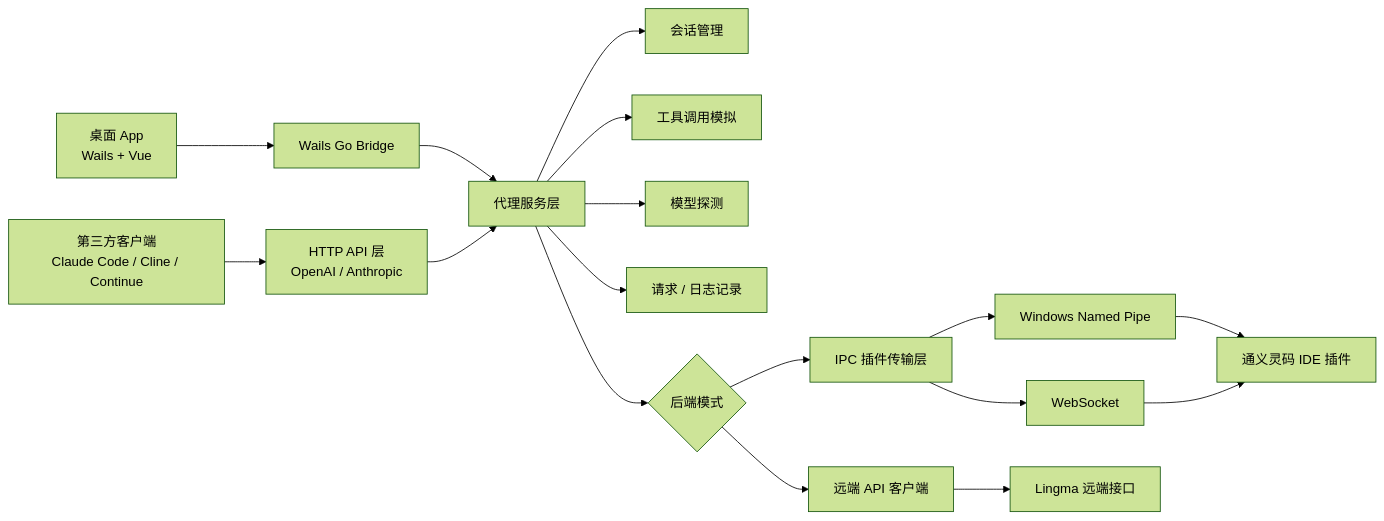
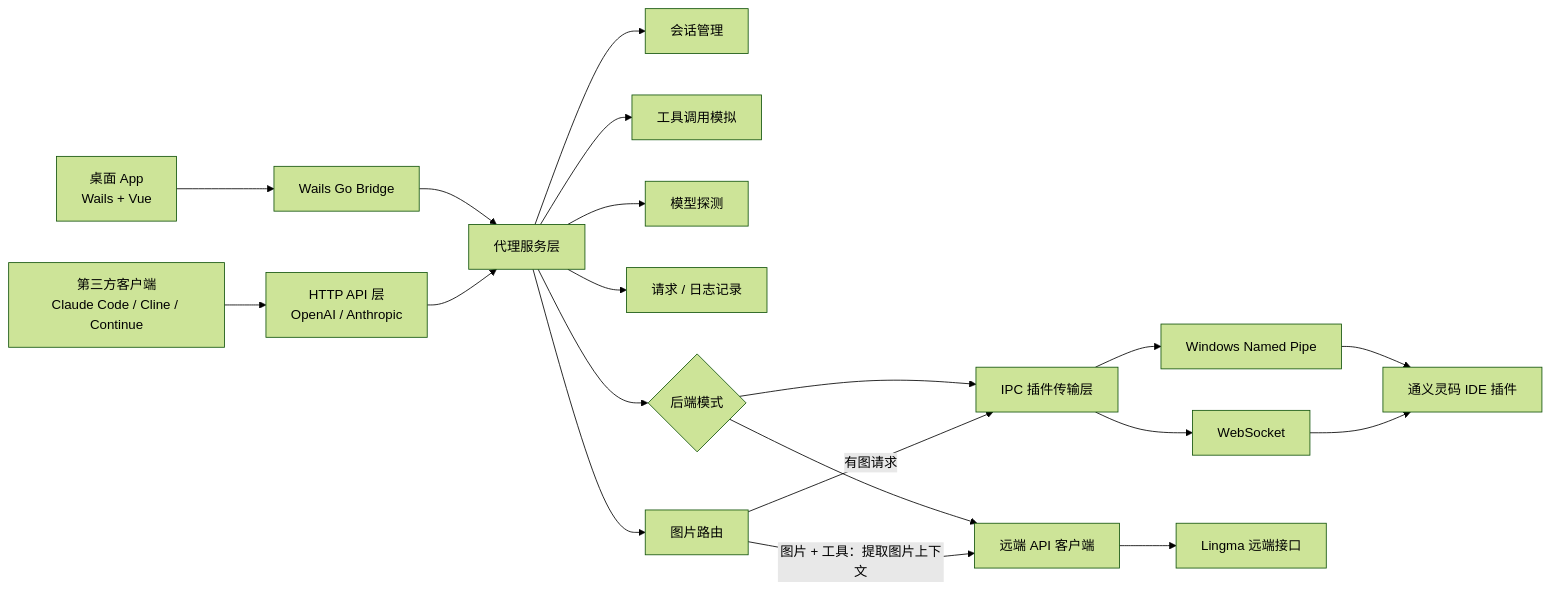
One commit to cutiechi/lingma-proxy changed the diagram in README.zh-CN.md. Above: the diagram before and after it, drawn with Mermaid (forest theme). The commit also changed other lines of this file and 11 other files, not shown here.

````diff
--- a/README.zh-CN.md
+++ b/README.zh-CN.md
@@ -171,19 +172,22 @@
 ```mermaid
 flowchart LR
   Client["第三方客户端<br/>Claude Code / Cline / Continue"] --> HTTP["HTTP API 层<br/>OpenAI / Anthropic"]
   Desktop["桌面 App<br/>Wails + Vue"] --> Bridge["Wails Go Bridge"]
   Bridge --> Service["代理服务层"]
   HTTP --> Service
   Service --> Session["会话管理"]
   Service --> Tooling["工具调用模拟"]
   Service --> Model["模型探测"]
   Service --> Recorder["请求 / 日志记录"]
+  Service --> Images["图片路由"]
   Service --> Backend{"后端模式"}
   Backend --> Transport["IPC 插件传输层"]
   Backend --> Remote["远端 API 客户端"]
+  Images -->|"有图请求"| Transport
+  Images -->|"图片 + 工具：提取图片上下文"| Remote
   Transport --> Pipe["Windows Named Pipe"]
   Transport --> WS["WebSocket"]
   Pipe --> Lingma["通义灵码 IDE 插件"]
   WS --> Lingma
   Remote --> Cloud["Lingma 远端接口"]
 ```
````
